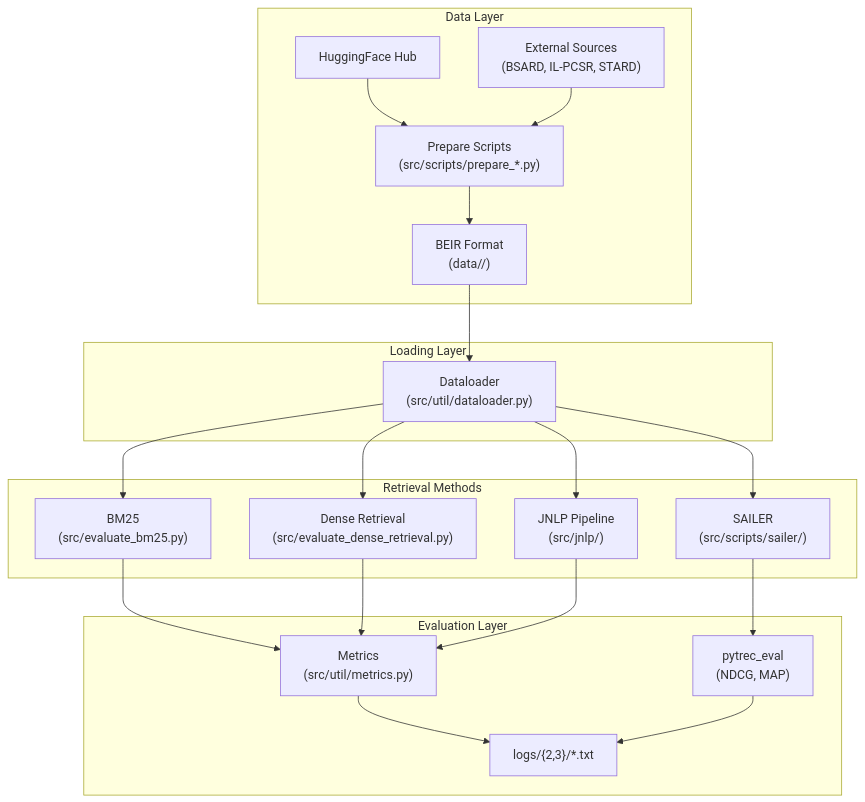
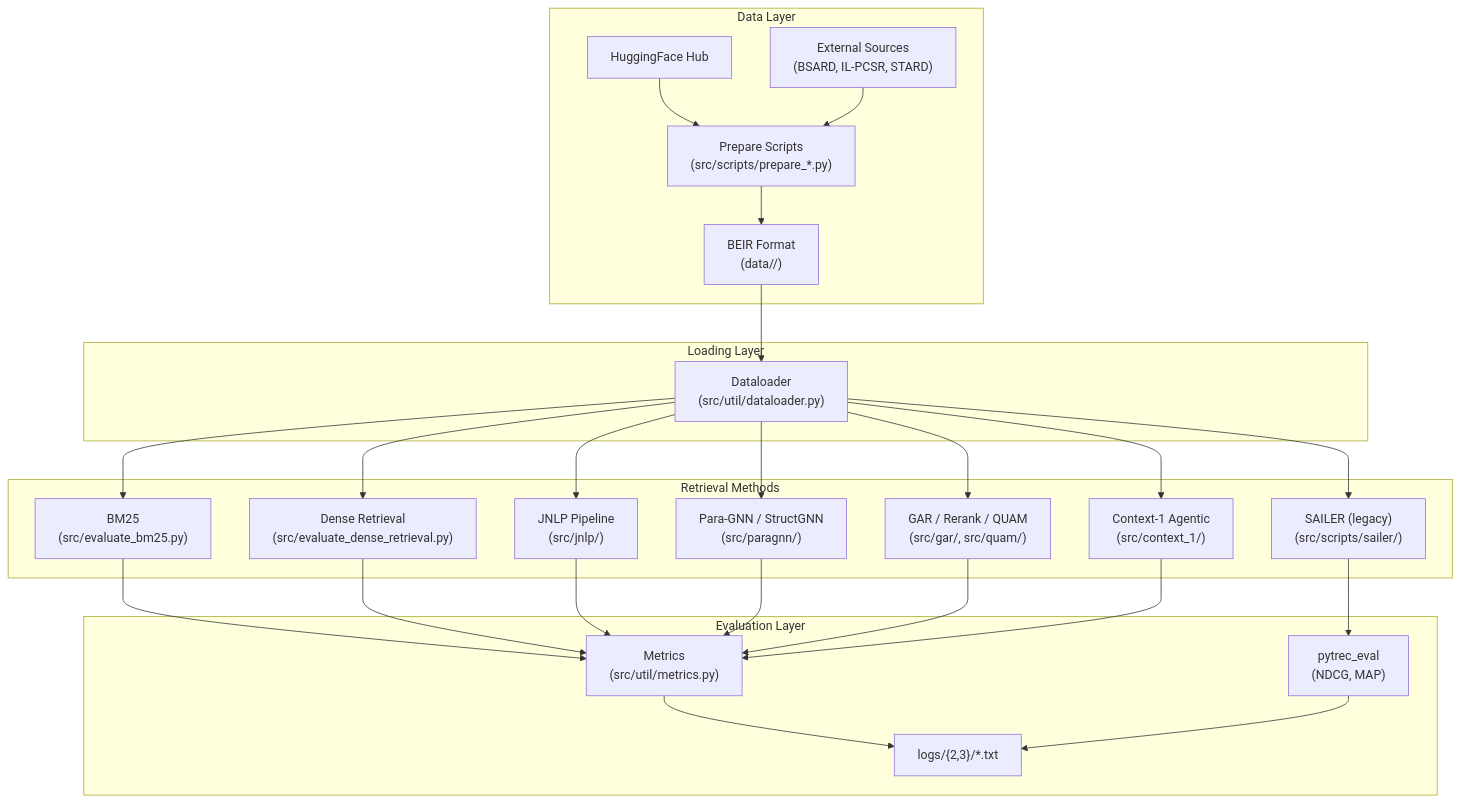
The second of 3 diagrams in documentation/HLD.md (ghanahmada/ta-statute-law-retrieval), drawn with Mermaid before and after one commit. The commit also changed other lines of this file and 3 other files, not shown here.

````diff
--- a/documentation/HLD.md
+++ b/documentation/HLD.md
@@ -184,31 +183,37 @@
 ```mermaid
 flowchart TB
     subgraph Data ["Data Layer"]
         HF["HuggingFace Hub"]
         EXT["External Sources<br/>(BSARD, IL-PCSR, STARD)"]
         PREP["Prepare Scripts<br/>(src/scripts/prepare_*.py)"]
         HF --> PREP
         EXT --> PREP
         PREP --> BEIR["BEIR Format<br/>(data/<dataset>/)"]
     end
 
     subgraph Load ["Loading Layer"]
         BEIR --> DL["Dataloader<br/>(src/util/dataloader.py)"]
     end
 
     subgraph Methods ["Retrieval Methods"]
         DL --> BM25["BM25<br/>(src/evaluate_bm25.py)"]
         DL --> DENSE["Dense Retrieval<br/>(src/evaluate_dense_retrieval.py)"]
         DL --> JNLP["JNLP Pipeline<br/>(src/jnlp/)"]
-        DL --> SAILER["SAILER<br/>(src/scripts/sailer/)"]
+        DL --> PARAGNN["Para-GNN / StructGNN<br/>(src/paragnn/)"]
+        DL --> GAR["GAR / Rerank / QUAM<br/>(src/gar/, src/quam/)"]
+        DL --> CONTEXT1["Context-1 Agentic<br/>(src/context_1/)"]
+        DL --> SAILER["SAILER (legacy)<br/>(src/scripts/sailer/)"]
     end
 
     subgraph Eval ["Evaluation Layer"]
         BM25 --> METRICS["Metrics<br/>(src/util/metrics.py)"]
         DENSE --> METRICS
         JNLP --> METRICS
+        PARAGNN --> METRICS
+        GAR --> METRICS
+        CONTEXT1 --> METRICS
         SAILER --> PYTREC["pytrec_eval<br/>(NDCG, MAP)"]
         METRICS --> LOGS["logs/{2,3}/*.txt"]
         PYTREC --> LOGS
     end
 ```
````
